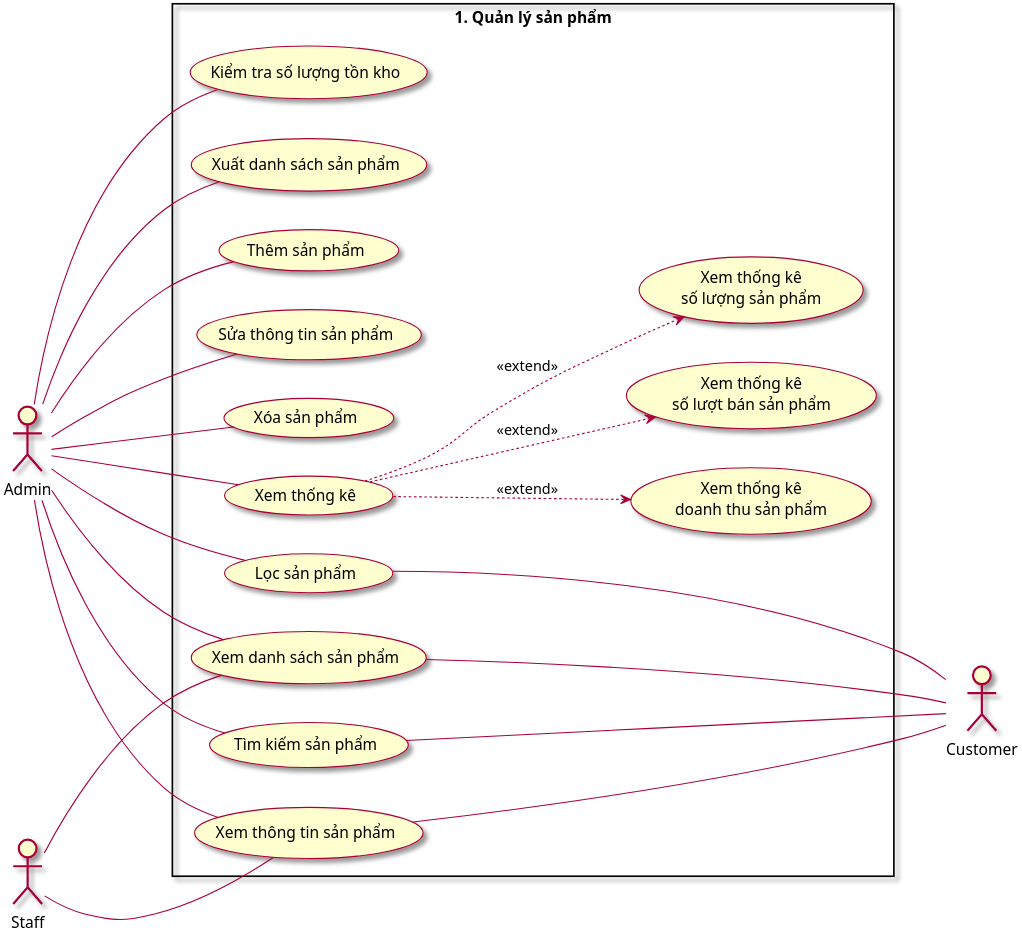
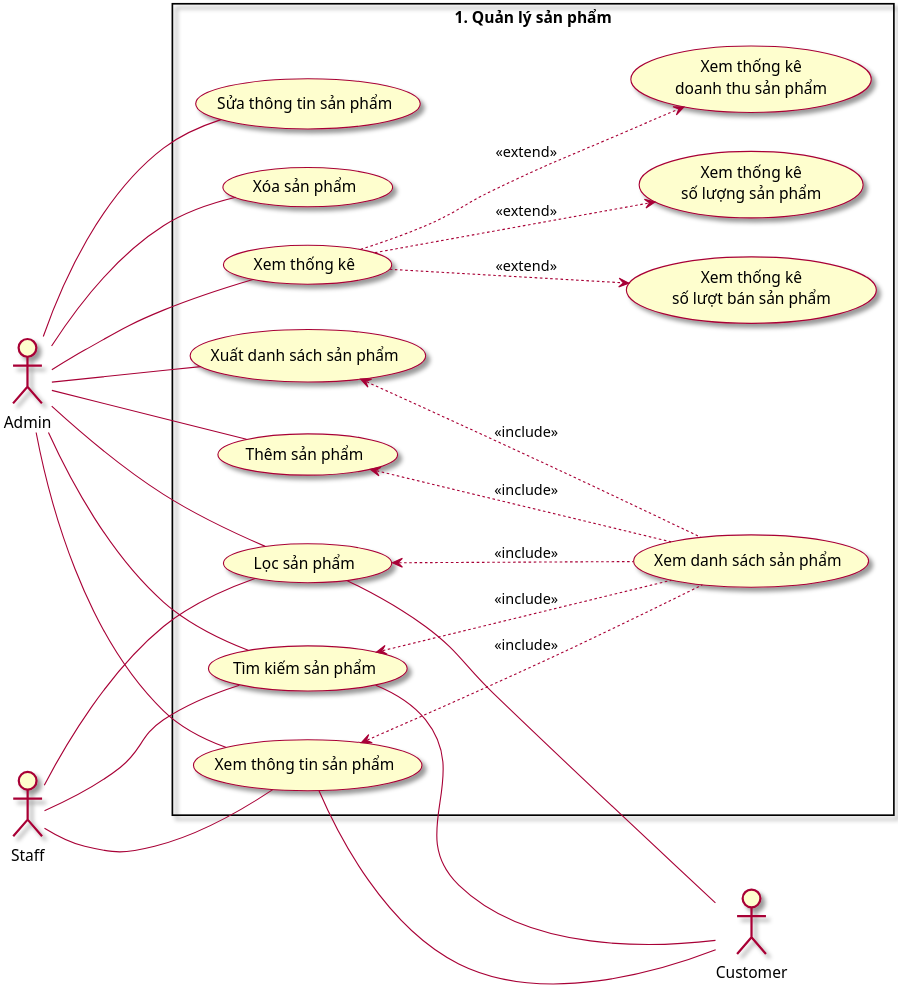
The diagram in Usecase/1. ManageProduct.puml (Marowota/ecommerce-plantuml), drawn with PlantUML before and after one commit. The commit also changed 7 other files, not shown here.

```diff
--- a/Usecase/1. ManageProduct.puml
+++ b/Usecase/1. ManageProduct.puml
@@ -1,50 +1,53 @@
 @startuml ManageProduct
 
 left to right direction
 scale 3
 skin rose
 
 actor Admin as admin
 actor Customer as customer
 actor Staff as staff
 
 rectangle "1. Quản lý sản phẩm" {
     usecase (Thêm sản phẩm) as tsp
     usecase (Xem danh sách sản phẩm) as xdssp
     usecase (Xem thông tin sản phẩm) as xttsp
     usecase (Sửa thông tin sản phẩm) as sttsp
     usecase (Xóa sản phẩm) as xosp
     usecase (Lọc sản phẩm) as lsp
     usecase (Tìm kiếm sản phẩm) as tksp
     usecase (Xem thống kê) as xtk
-    usecase (Kiểm tra số lượng tồn kho) as ktsltk
     usecase (Xuất danh sách sản phẩm) as xudssp
     usecase (Xem thống kê\nsố lượng sản phẩm) as xtkslsp
     usecase (Xem thống kê\ndoanh thu sản phẩm) as xtkdtsp
     usecase (Xem thống kê\nsố lượt bán sản phẩm) as xtkslbsp
 }
 
 admin --- tsp
 admin --- xttsp
 admin --- xosp
 admin --- sttsp
 admin --- lsp
 admin --- tksp
 admin --- xtk
-admin --- ktsltk
 admin --- xudssp
-admin --- xdssp
 
-xttsp ---- customer
-lsp ---- customer
-tksp ---- customer
-xdssp ---- customer
+xttsp --- customer
+lsp --- customer
+tksp --- customer
 
-staff --- xdssp
 staff --- xttsp
+staff --- lsp
+staff --- tksp
 
 xtk ...> xtkdtsp : <<extend>>
 xtk ...> xtkslbsp : <<extend>>
 xtk ...> xtkslsp : <<extend>>
 
+tsp <... xdssp : <<include>>
+xttsp <... xdssp : <<include>>
+lsp <... xdssp : <<include>>
+tksp <... xdssp : <<include>>
+xudssp <... xdssp : <<include>>
+
 @enduml
```
